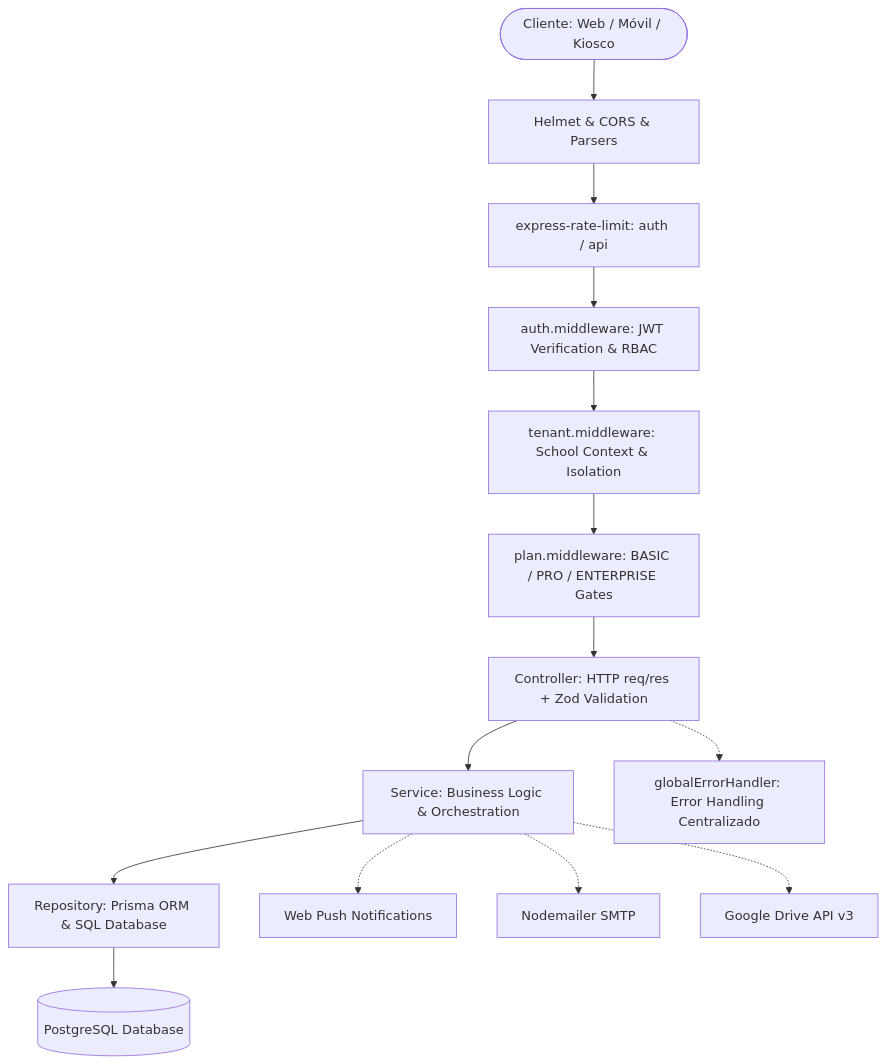
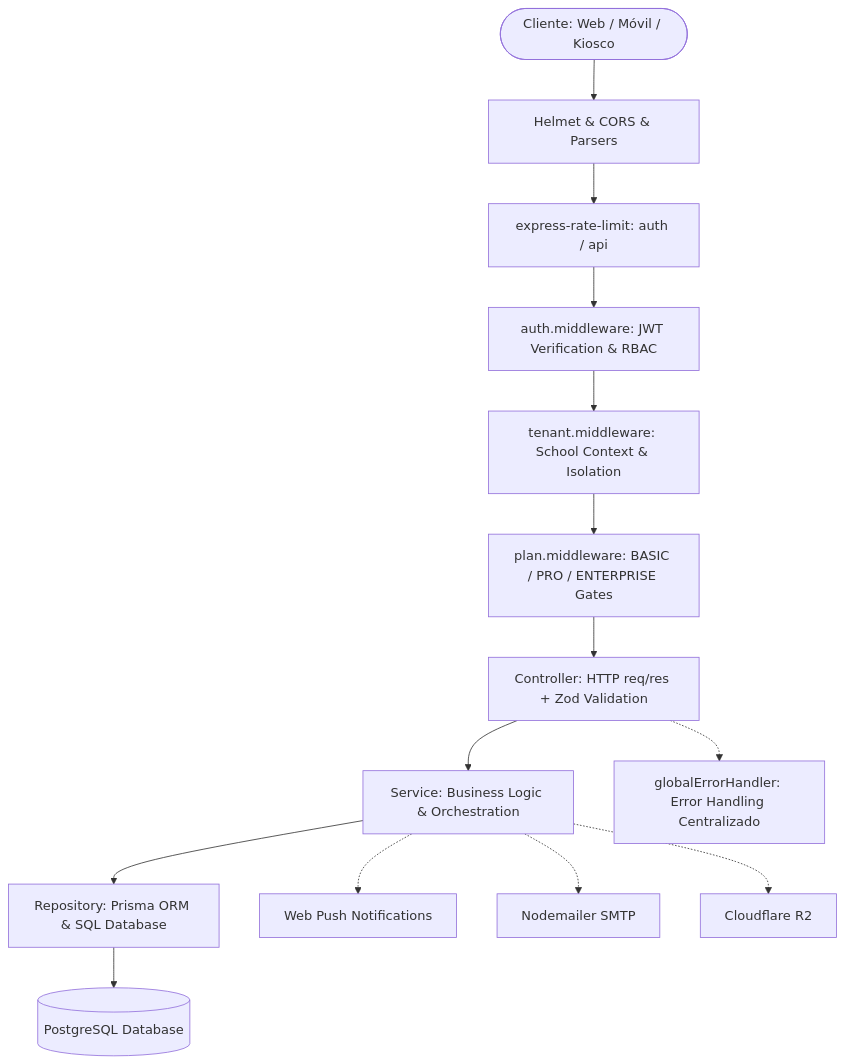
One commit to XaviCast0409/SaaSchool changed the first of 2 diagrams in back/DOCUMENTATION.md. Above: the diagram before and after it, drawn with Mermaid. The commit also changed other lines of this file and 26 other files, not shown here.

First line of the commit message:
refactor(archivos): quitar Google Drive y usar solo Cloudflare R2

````diff
--- a/back/DOCUMENTATION.md
+++ b/back/DOCUMENTATION.md
@@ -15,16 +15,16 @@
 ```mermaid
 flowchart TD
     Client([Cliente: Web / Móvil / Kiosco]) --> Helmet[Helmet & CORS & Parsers]
     Helmet --> RateLimit[express-rate-limit: auth / api]
     RateLimit --> AuthMid[auth.middleware: JWT Verification & RBAC]
     AuthMid --> TenantMid[tenant.middleware: School Context & Isolation]
     TenantMid --> PlanMid[plan.middleware: BASIC / PRO / ENTERPRISE Gates]
     PlanMid --> Controller[Controller: HTTP req/res + Zod Validation]
     Controller --> Service[Service: Business Logic & Orchestration]
     Service --> Repository[Repository: Prisma ORM & SQL Database]
     Repository --> DB[(PostgreSQL Database)]
     Service -.-> Push[Web Push Notifications]
     Service -.-> Mail[Nodemailer SMTP]
-    Service -.-> Drive[Google Drive API v3]
+    Service -.-> R2[Cloudflare R2]
     Controller -.-> GlobalErr[globalErrorHandler: Error Handling Centralizado]
 ```
````
